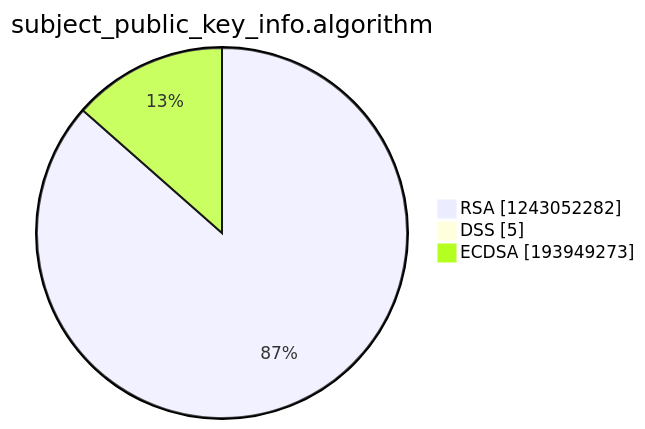
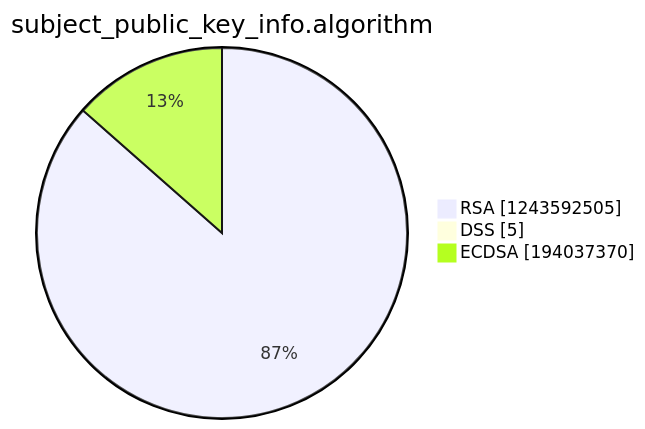
One commit to christiankrug/ctmonitor_visualization changed the third of 15 diagrams in argon2022/README.md. Above: the diagram before and after it, drawn with Mermaid. The commit also changed other lines of this file, not shown here.

````diff
--- a/argon2022/README.md
+++ b/argon2022/README.md
@@ -14,7 +14,7 @@
 ```mermaid
 pie showData
 title subject_public_key_info.algorithm
-"RSA" :1243052282
+"RSA" :1243592505
 "DSS" :5
-"ECDSA" :193949273
+"ECDSA" :194037370
 ```
````
